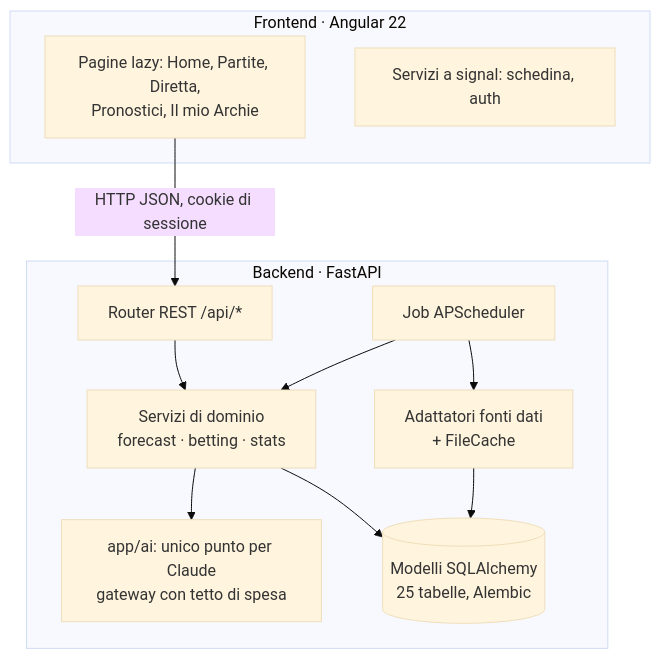
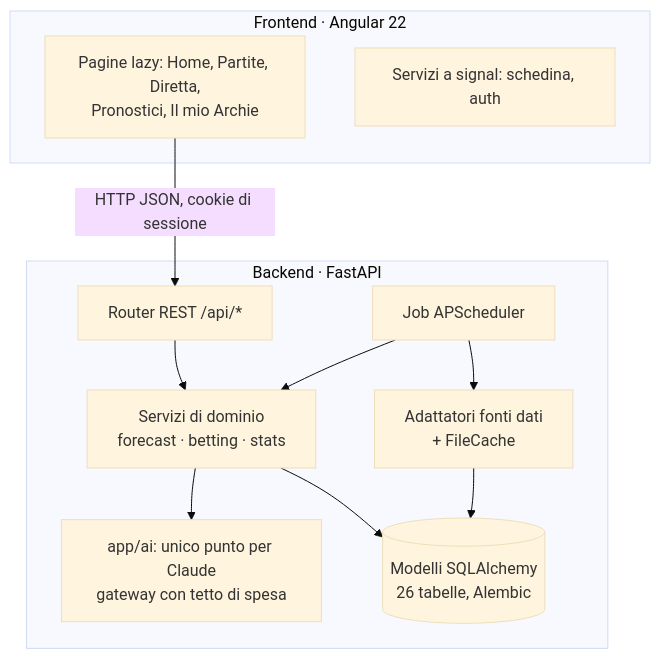
Before and after one commit to giuseppecorso/archiebet: the diagram in docs/DOCUMENTO-TECNICO.md, drawn with Mermaid (base theme). The commit also changed other lines of this file and 5 other files, not shown here.

````diff
--- a/docs/DOCUMENTO-TECNICO.md
+++ b/docs/DOCUMENTO-TECNICO.md
@@ -27,20 +27,20 @@
 ```mermaid
 flowchart TB
   subgraph FE["Frontend · Angular 22"]
     P[Pagine lazy: Home, Partite, Diretta,<br/>Pronostici, Il mio Archie]
     S[Servizi a signal: schedina, auth]
   end
   subgraph BE["Backend · FastAPI"]
     R[Router REST /api/*]
     SV[Servizi di dominio<br/>forecast · betting · stats]
     AD[Adattatori fonti dati<br/>+ FileCache]
     J[Job APScheduler]
     AI[app/ai: unico punto per Claude<br/>gateway con tetto di spesa]
-    M[(Modelli SQLAlchemy<br/>25 tabelle, Alembic)]
+    M[(Modelli SQLAlchemy<br/>26 tabelle, Alembic)]
   end
   P -- HTTP JSON, cookie di sessione --> R
   R --> SV --> M
   J --> AD --> M
   J --> SV
   SV --> AI
 ```
````
